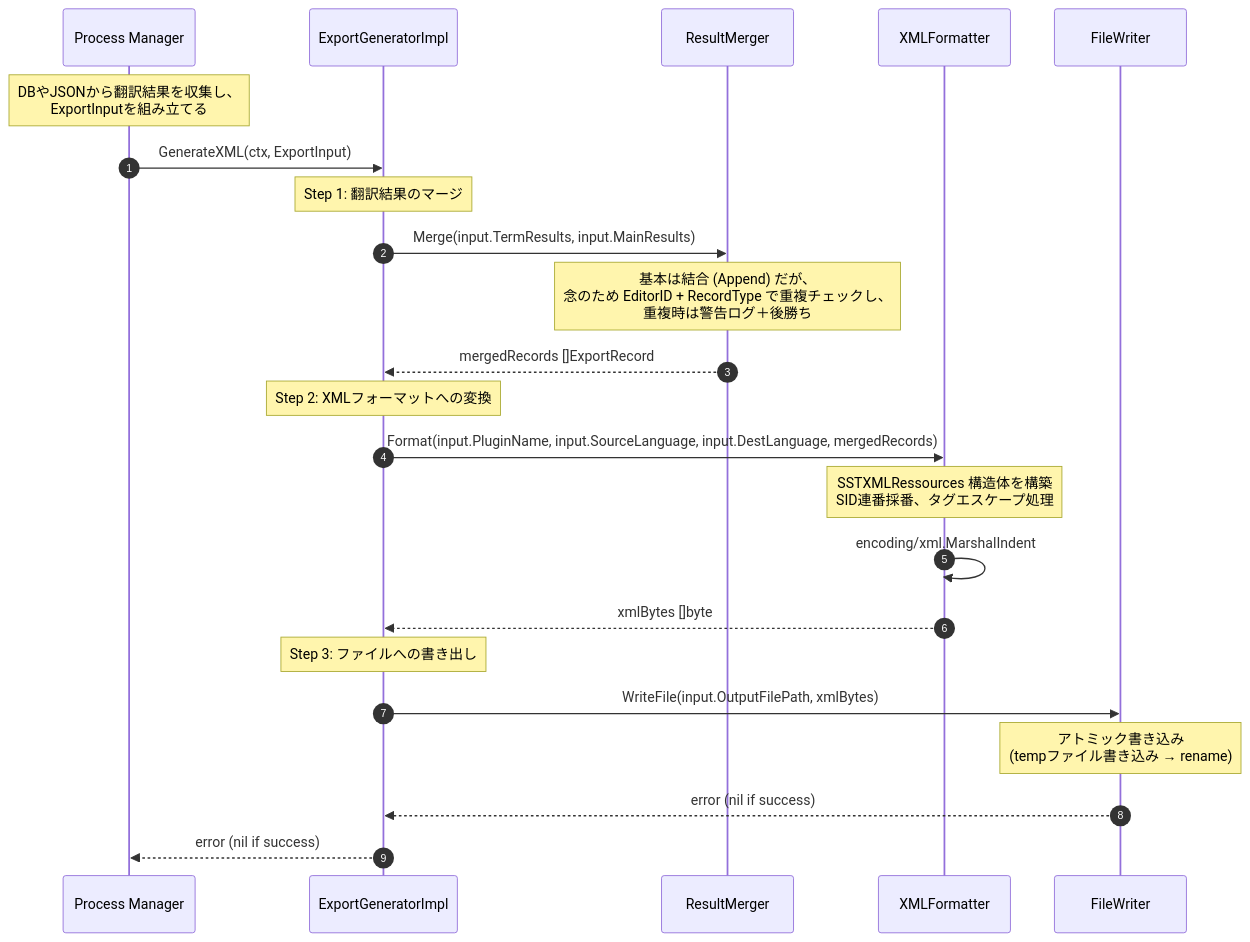
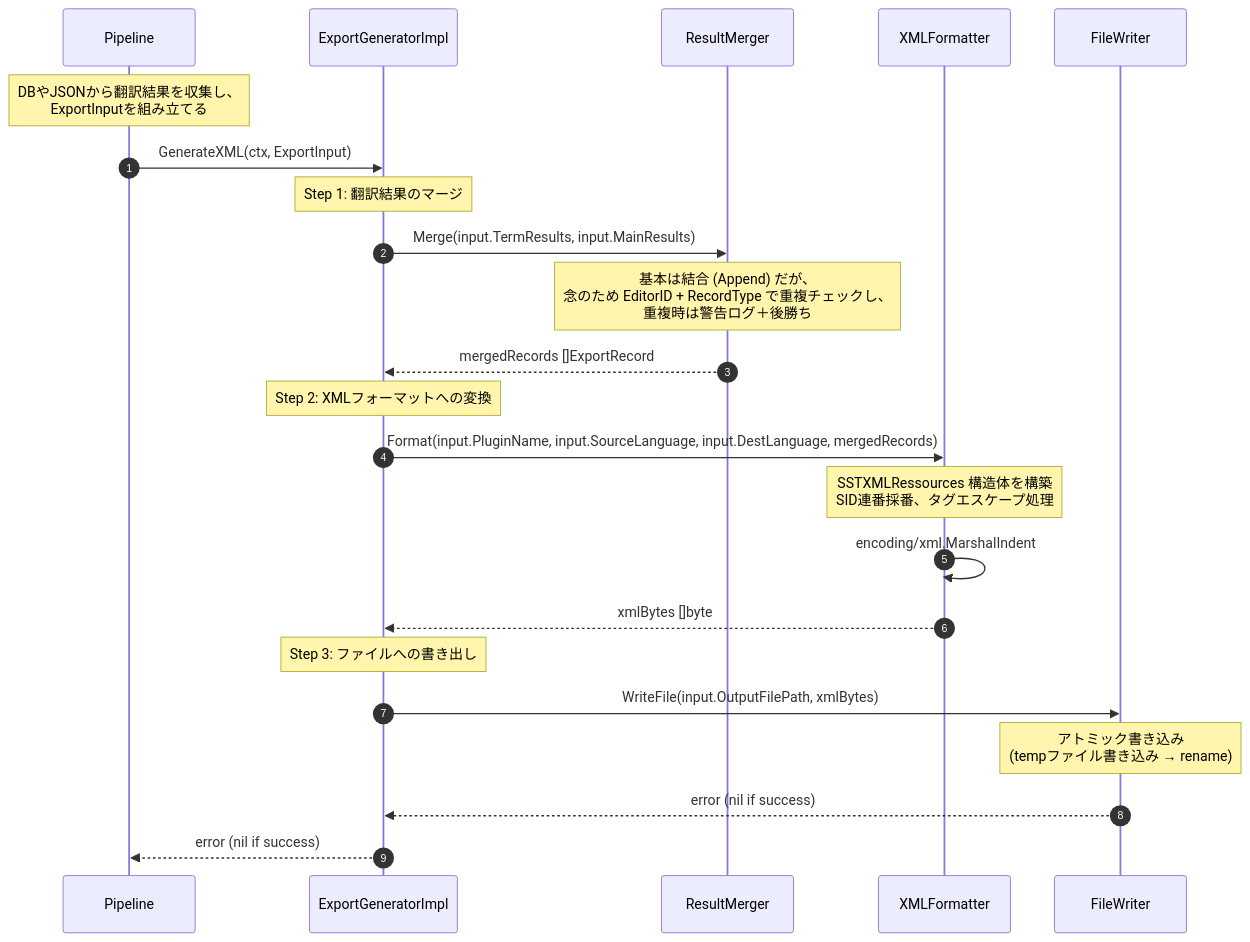
Before and after one commit to ishibata91/ai-translation-engine-2: the first of 2 diagrams in specs/export-slice/export_slice_sequence_diagram.md, drawn with Mermaid. The commit also changed 236 other files, not shown here.

````diff
--- a/specs/export-slice/export_slice_sequence_diagram.md
+++ b/specs/export-slice/export_slice_sequence_diagram.md
@@ -5,30 +5,30 @@
 ```mermaid
 sequenceDiagram
     autonumber
-    participant PM as Process Manager
+    participant PM as Pipeline
     participant EG as ExportGeneratorImpl
     participant RM as ResultMerger
     participant XF as XMLFormatter
     participant FW as FileWriter
 
     Note over PM: DBやJSONから翻訳結果を収集し、<br/>ExportInputを組み立てる
     PM->>EG: GenerateXML(ctx, ExportInput)
 
     Note over EG: Step 1: 翻訳結果のマージ
     EG->>RM: Merge(input.TermResults, input.MainResults)
     Note over RM: 基本は結合 (Append) だが、<br/>念のため EditorID + RecordType で重複チェックし、<br/>重複時は警告ログ＋後勝ち
     RM-->>EG: mergedRecords []ExportRecord
 
     Note over EG: Step 2: XMLフォーマットへの変換
     EG->>XF: Format(input.PluginName, input.SourceLanguage, input.DestLanguage, mergedRecords)
     Note over XF: SSTXMLRessources 構造体を構築<br/>SID連番採番、タグエスケープ処理
     XF->>XF: encoding/xml.MarshalIndent
     XF-->>EG: xmlBytes []byte
 
     Note over EG: Step 3: ファイルへの書き出し
     EG->>FW: WriteFile(input.OutputFilePath, xmlBytes)
     Note over FW: アトミック書き込み<br/>(tempファイル書き込み → rename)
     FW-->>EG: error (nil if success)
 
     EG-->>PM: error (nil if success)
 ```
````
